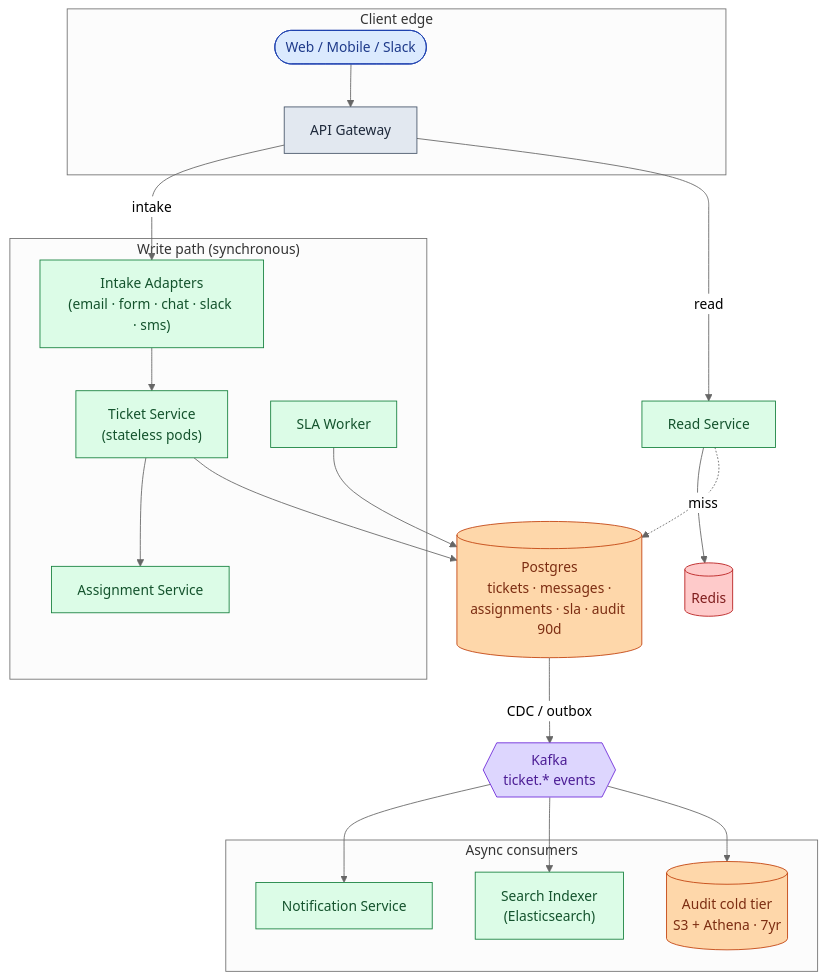
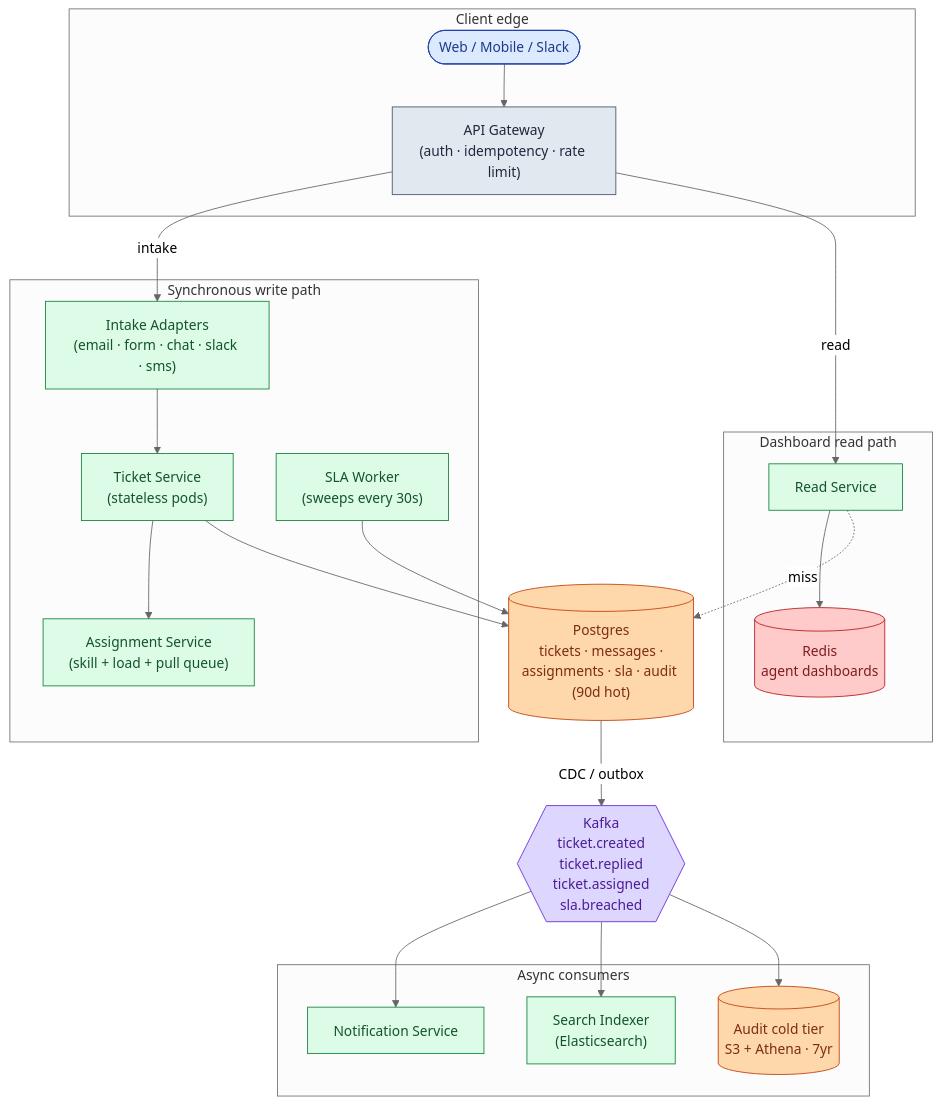
Before and after one commit to shiningflash/system-design: the seventh of 10 diagrams in problems/019-helpdesk-ticketing/question.md, drawn with Mermaid (neutral theme). The commit also changed other lines of this file and 37 other files, not shown here.

````diff
--- a/problems/019-helpdesk-ticketing/question.md
+++ b/problems/019-helpdesk-ticketing/question.md
@@ -307,49 +387,50 @@
 ```mermaid
 flowchart TB
     subgraph Edge["Client edge"]
         C([Web / Mobile / Slack]):::user
-        GW["API Gateway"]:::edge
+        GW["API Gateway<br/>(auth · idempotency · rate limit)"]:::edge
     end
 
-    subgraph WritePath["Write path (synchronous)"]
+    subgraph WritePath["Synchronous write path"]
         IA["Intake Adapters<br/>(email · form · chat · slack · sms)"]:::app
         E["Ticket Service<br/>(stateless pods)"]:::app
-        AS["Assignment Service"]:::app
-        SW["SLA Worker"]:::app
+        AS["Assignment Service<br/>(skill + load + pull queue)"]:::app
+        SW["SLA Worker<br/>(sweeps every 30s)"]:::app
     end
 
-    DB[("Postgres<br/>tickets · messages ·<br/>assignments · sla · audit 90d")]:::db
+    DB[("Postgres<br/>tickets · messages ·<br/>assignments · sla · audit (90d hot)")]:::db
 
-    R["Read Service"]:::app
-    Cache[("Redis")]:::cache
+    subgraph ReadPath["Dashboard read path"]
+        R["Read Service"]:::app
+        Cache[("Redis<br/>agent dashboards")]:::cache
+    end
 
-    K{{"Kafka<br/>ticket.* events"}}:::queue
+    K{{"Kafka<br/>ticket.created<br/>ticket.replied<br/>ticket.assigned<br/>sla.breached"}}:::queue
 
     subgraph Consumers["Async consumers"]
         N["Notification Service"]:::app
         IX["Search Indexer<br/>(Elasticsearch)"]:::app
-        A[("Audit cold tier<br/>S3 + Athena · 7yr")]:::db
+        Cold[("Audit cold tier<br/>S3 + Athena · 7yr")]:::db
     end
 
     C --> GW
     GW -->|intake| IA
     GW -->|read| R
     IA --> E
     E --> AS
     E --> DB
     SW --> DB
     R --> Cache
     R -.miss.-> DB
     DB -->|CDC / outbox| K
     K --> N
     K --> IX
-    K --> A
+    K --> Cold
 
     classDef user fill:#dbeafe,stroke:#1e40af,color:#1e3a8a
     classDef edge fill:#e2e8f0,stroke:#475569,color:#1e293b
     classDef app fill:#dcfce7,stroke:#15803d,color:#14532d
     classDef db fill:#fed7aa,stroke:#c2410c,color:#7c2d12
     classDef cache fill:#fecaca,stroke:#b91c1c,color:#7f1d1d
     classDef queue fill:#ddd6fe,stroke:#6d28d9,color:#4c1d95
-    classDef ext fill:#e9d5ff,stroke:#7e22ce,color:#581c87
 ```
````
